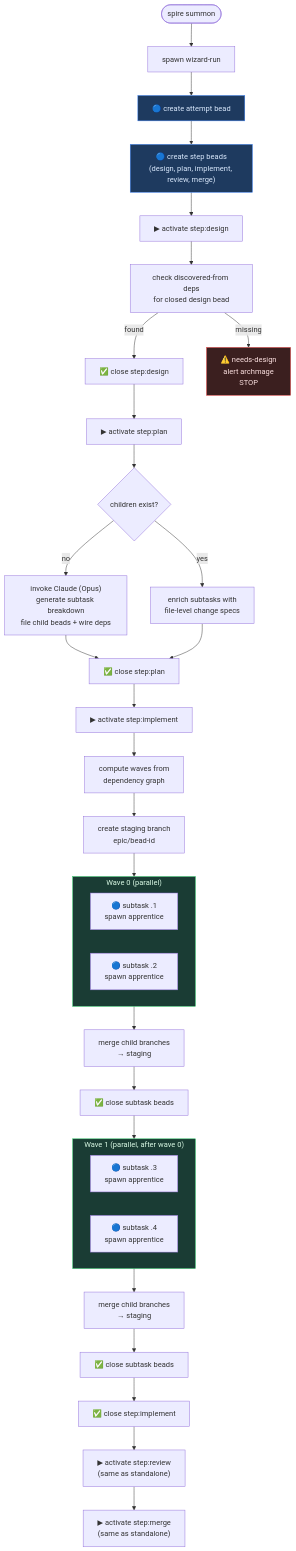
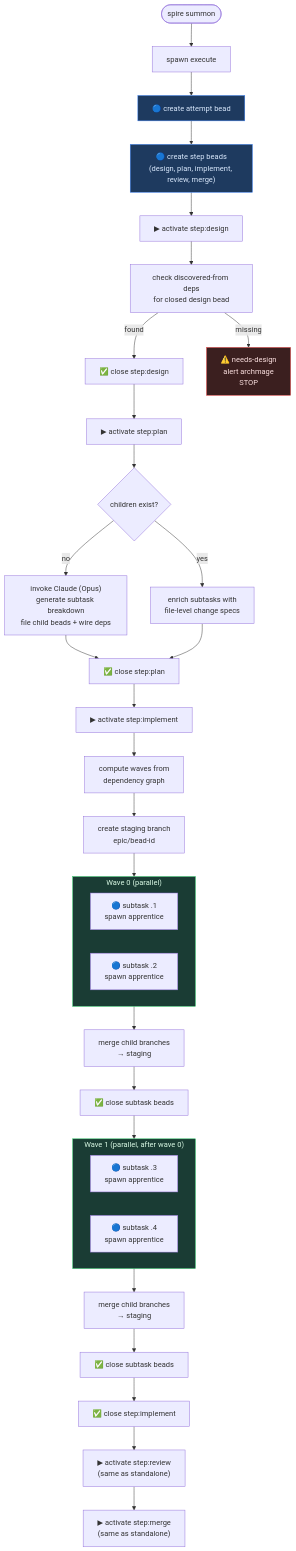
The second of 3 diagrams in docs/wizard-workflow-dag.md (awell-health/spire), drawn with Mermaid before and after one commit. The commit also changed other lines of this file and 14 other files, not shown here.

````diff
--- a/docs/wizard-workflow-dag.md
+++ b/docs/wizard-workflow-dag.md
@@ -81,54 +81,54 @@
 ```mermaid
 flowchart TD
-    summon([spire summon]) --> spawn[spawn wizard-run]
+    summon([spire summon]) --> spawn[spawn execute]
 
     spawn --> attempt["🔵 create attempt bead"]
     attempt --> steps["🔵 create step beads<br/>(design, plan, implement, review, merge)"]
 
     steps --> design_start["▶ activate step:design"]
     design_start --> validate_design["check discovered-from deps<br/>for closed design bead"]
     validate_design -->|found| design_done["✅ close step:design"]
     validate_design -->|missing| blocked["⚠️ needs-design<br/>alert archmage<br/>STOP"]
 
     design_done --> plan_start["▶ activate step:plan"]
     plan_start --> plan_check{children exist?}
     plan_check -->|no| plan_invoke["invoke Claude (Opus)<br/>generate subtask breakdown<br/>file child beads + wire deps"]
     plan_check -->|yes| plan_enrich["enrich subtasks with<br/>file-level change specs"]
     plan_invoke --> plan_done["✅ close step:plan"]
     plan_enrich --> plan_done
 
     plan_done --> impl_start["▶ activate step:implement"]
     impl_start --> compute_waves["compute waves from<br/>dependency graph"]
     compute_waves --> staging["create staging branch<br/>epic/bead-id"]
 
     staging --> wave0
 
     subgraph wave0 ["Wave 0 (parallel)"]
         direction LR
         w0a["🔵 subtask .1<br/>spawn apprentice"]
         w0b["🔵 subtask .2<br/>spawn apprentice"]
     end
 
     wave0 --> merge_w0["merge child branches<br/>→ staging"]
     merge_w0 --> close_w0["✅ close subtask beads"]
     close_w0 --> wave1
 
     subgraph wave1 ["Wave 1 (parallel, after wave 0)"]
         direction LR
         w1a["🔵 subtask .3<br/>spawn apprentice"]
         w1b["🔵 subtask .4<br/>spawn apprentice"]
     end
 
     wave1 --> merge_w1["merge child branches<br/>→ staging"]
     merge_w1 --> close_w1["✅ close subtask beads"]
     close_w1 --> impl_done["✅ close step:implement"]
 
     impl_done --> review["▶ activate step:review<br/>(same as standalone)"]
     review --> merge["▶ activate step:merge<br/>(same as standalone)"]
 
     style attempt fill:#1e3a5f,stroke:#3b82f6,color:#dbeafe
     style steps fill:#1e3a5f,stroke:#3b82f6,color:#dbeafe
     style blocked fill:#3b1f1f,stroke:#ef4444,color:#fee2e2
     style wave0 fill:#1a3c34,stroke:#22c55e,color:#dcfce7
     style wave1 fill:#1a3c34,stroke:#22c55e,color:#dcfce7
 ```
````
